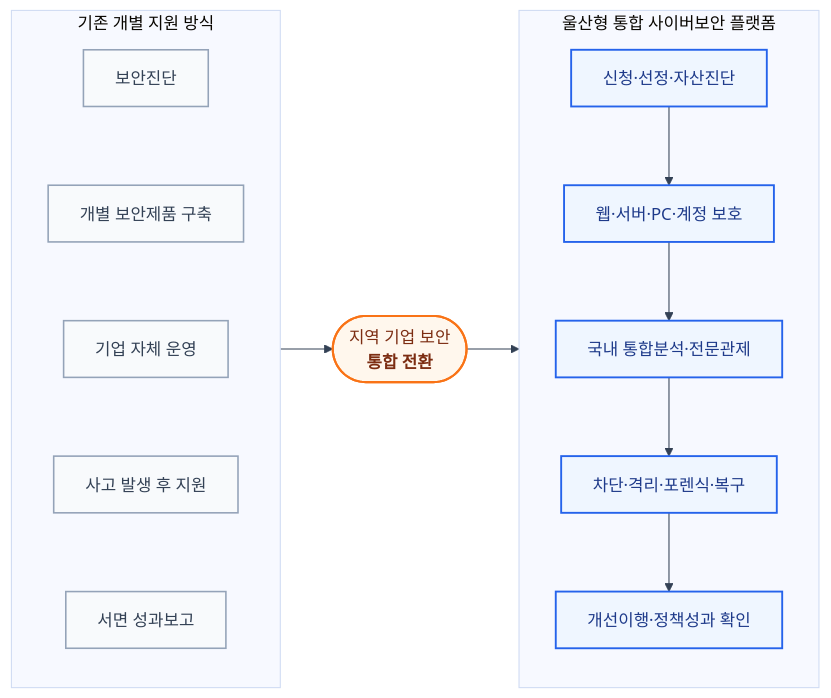
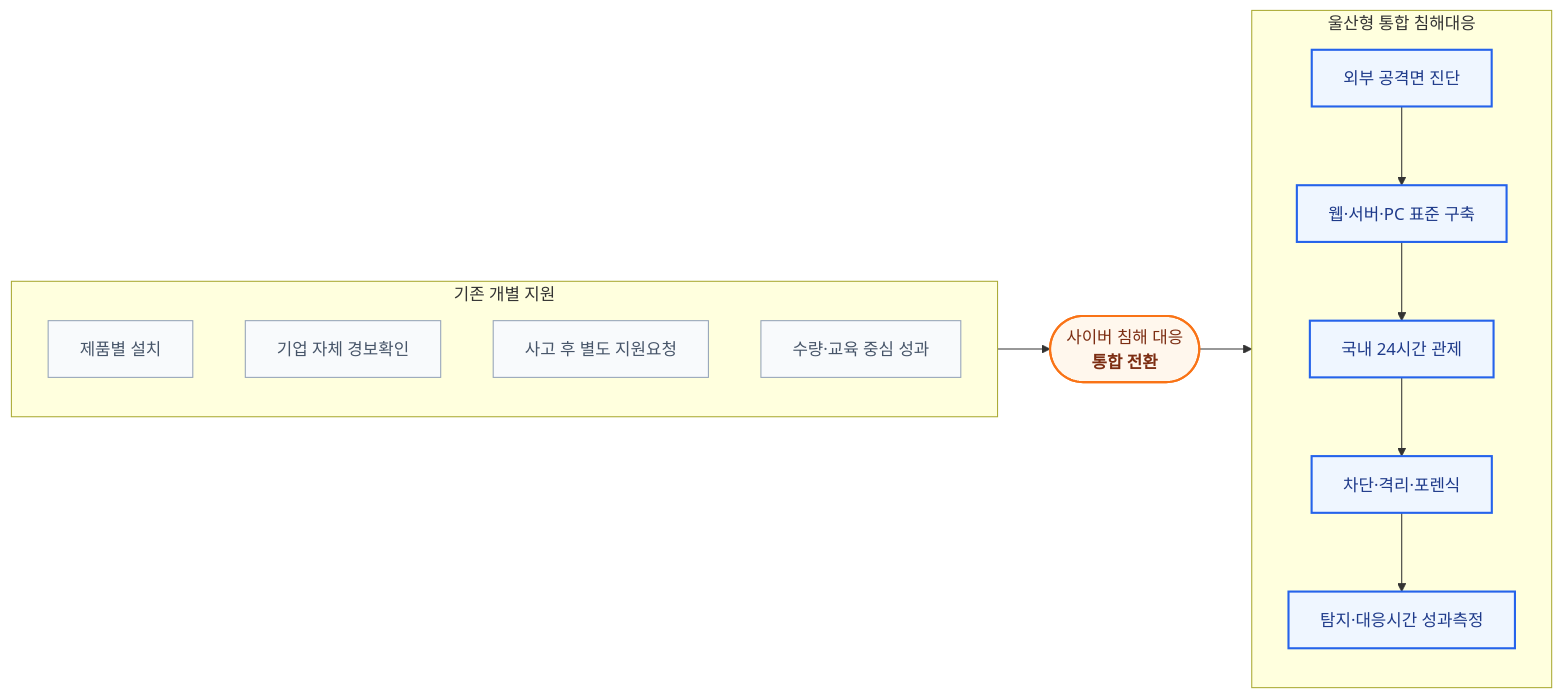
Before and after one commit to qubitsec/plura: the second of 8 diagrams in ko/proposal/ulsan/ulsan-full-3months.md, drawn with Mermaid. The commit also changed other lines of this file, not shown here.

````diff
--- a/ko/proposal/ulsan/ulsan-full-3months.md
+++ b/ko/proposal/ulsan/ulsan-full-3months.md
@@ -140,48 +234,31 @@
 ```mermaid
-%%{init: {
-  "theme": "base",
-  "themeVariables": {
-    "fontFamily": "Pretendard, Noto Sans KR, Arial",
-    "background": "#ffffff",
-    "primaryTextColor": "#0f172a",
-    "lineColor": "#334155"
-  }
-}}%%
 flowchart LR
-    subgraph BEFORE["기존 개별 지원 방식"]
-        direction TB
-        A1["보안진단"]
-        A2["개별 보안제품 구축"]
-        A3["기업 자체 운영"]
-        A4["사고 발생 후 지원"]
-        A5["서면 성과보고"]
-
-        A1 ~~~ A2
-        A2 ~~~ A3
-        A3 ~~~ A4
-        A4 ~~~ A5
+    subgraph BEFORE["기존 개별 지원"]
+        A1["제품별 설치"]
+        A2["기업 자체 경보확인"]
+        A3["사고 후 별도 지원요청"]
+        A4["수량·교육 중심 성과"]
     end
 
-    CHANGE(["지역 기업 보안<br/><b>통합 전환</b>"])
+    CHANGE(["사이버 침해 대응<br/><b>통합 전환</b>"])
 
-    subgraph AFTER["울산형 통합 사이버보안 플랫폼"]
-        direction TB
-        B1["신청·선정·자산진단"]
-        B2["웹·서버·PC·계정 보호"]
-        B3["국내 통합분석·전문관제"]
-        B4["차단·격리·포렌식·복구"]
-        B5["개선이행·정책성과 확인"]
+    subgraph AFTER["울산형 통합 침해대응"]
+        B1["외부 공격면 진단"]
+        B2["웹·서버·PC 표준 구축"]
+        B3["국내 24시간 관제"]
+        B4["차단·격리·포렌식"]
+        B5["탐지·대응시간 성과측정"]
 
         B1 --> B2 --> B3 --> B4 --> B5
     end
 
     BEFORE --> CHANGE --> AFTER
 
-    classDef before fill:#f8fafc,stroke:#94a3b8,stroke-width:1.5px,color:#334155;
+    classDef before fill:#f8fafc,stroke:#94a3b8,color:#475569;
     classDef change fill:#fff7ed,stroke:#f97316,stroke-width:2px,color:#7c2d12;
-    classDef after fill:#eff6ff,stroke:#2563eb,stroke-width:1.8px,color:#1e3a8a;
+    classDef after fill:#eff6ff,stroke:#2563eb,stroke-width:2px,color:#1e3a8a;
 
-    class A1,A2,A3,A4,A5 before;
+    class A1,A2,A3,A4 before;
     class CHANGE change;
     class B1,B2,B3,B4,B5 after;
 ```
````
